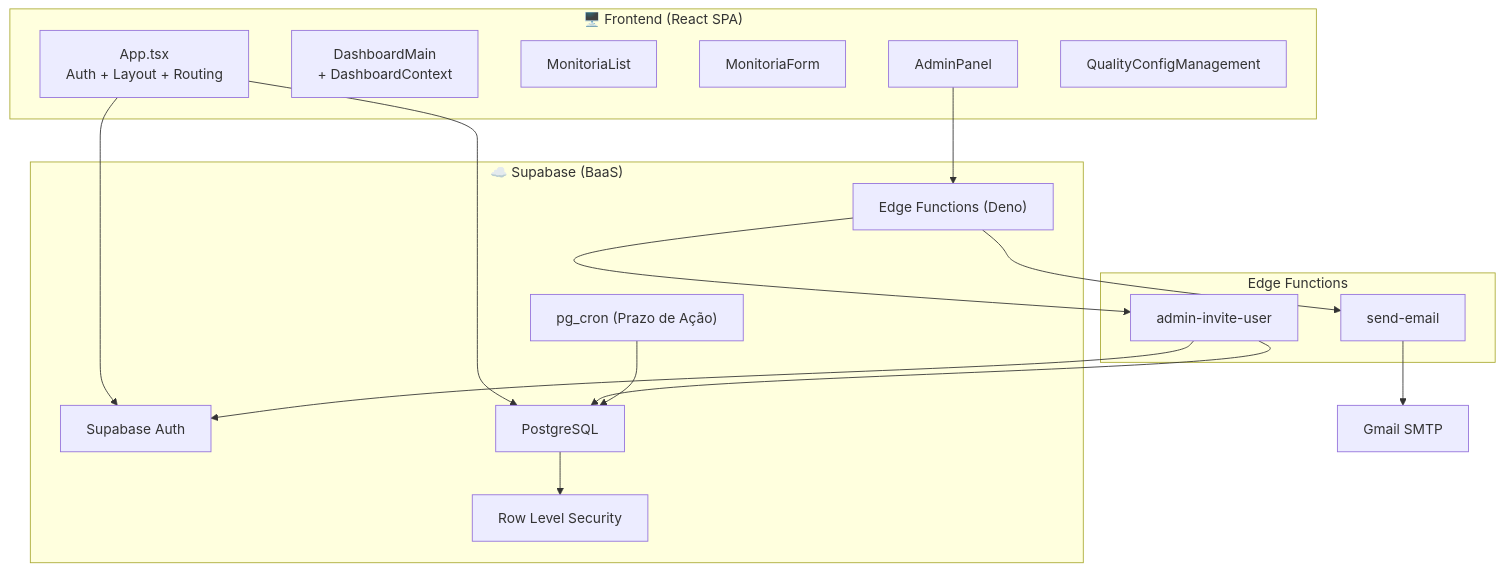
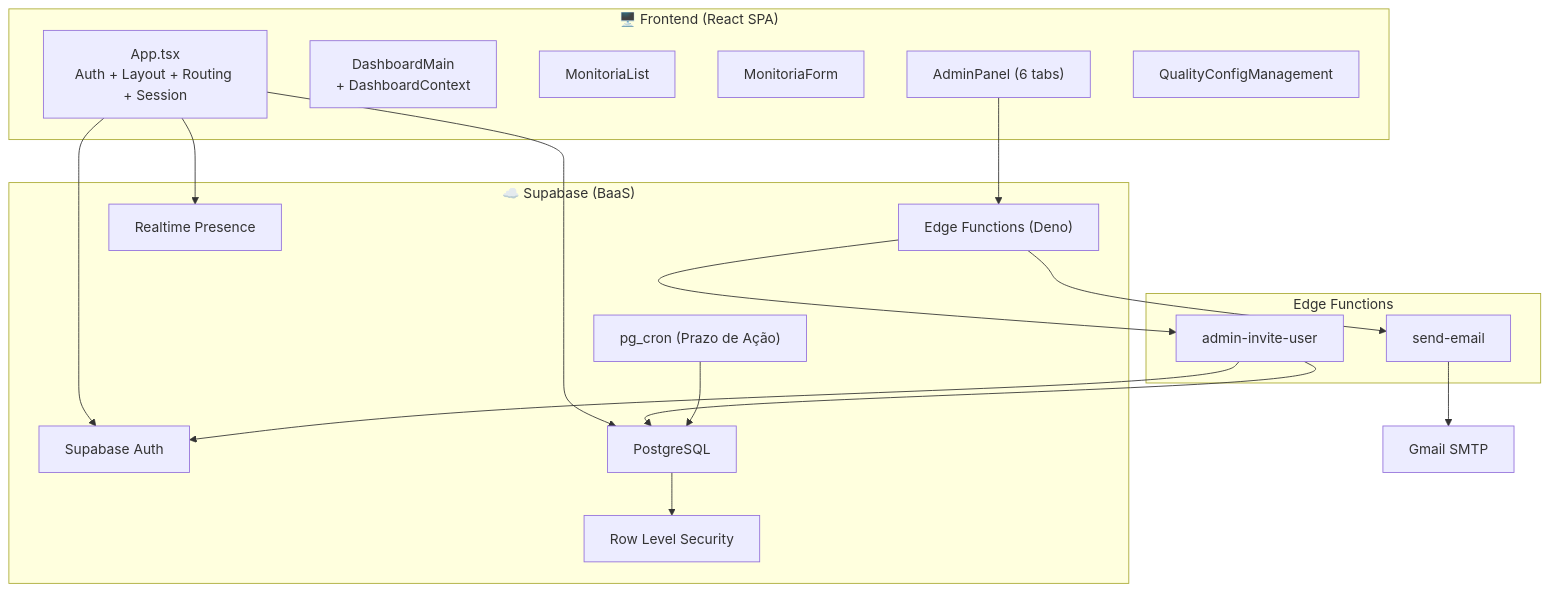
One commit to allanscode/QualiTrack changed the first of 3 diagrams in docs/architecture/system-overview.md. Above: the diagram before and after it, drawn with Mermaid. The commit also changed other lines of this file and 19 other files, not shown here.

````diff
--- a/docs/architecture/system-overview.md
+++ b/docs/architecture/system-overview.md
@@ -9,35 +9,37 @@
 ```mermaid
 graph TB
     subgraph Cliente ["🖥️ Frontend (React SPA)"]
-        App["App.tsx<br/>Auth + Layout + Routing"]
+        App["App.tsx<br/>Auth + Layout + Routing + Session"]
         Dashboard["DashboardMain<br/>+ DashboardContext"]
         MonList["MonitoriaList"]
         MonForm["MonitoriaForm"]
-        Admin["AdminPanel"]
+        Admin["AdminPanel (6 tabs)"]
         QConfig["QualityConfigManagement"]
     end
 
     subgraph Supabase ["☁️ Supabase (BaaS)"]
         Auth["Supabase Auth"]
         DB["PostgreSQL"]
         Edge["Edge Functions (Deno)"]
         RLS["Row Level Security"]
         Cron["pg_cron (Prazo de Ação)"]
+        Presence["Realtime Presence"]
     end
 
     subgraph EdgeFuncs ["Edge Functions"]
         InviteUser["admin-invite-user"]
         SendEmail["send-email"]
     end
 
     App --> Auth
     App --> DB
     Admin --> Edge
     Edge --> InviteUser
     Edge --> SendEmail
     InviteUser --> Auth
     InviteUser --> DB
     SendEmail --> SMTP["Gmail SMTP"]
     Cron --> DB
     DB --> RLS
+    App --> Presence
 ```
````
